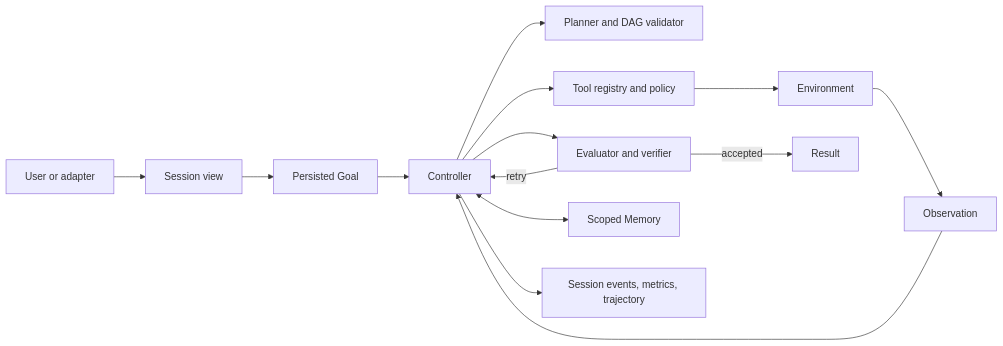
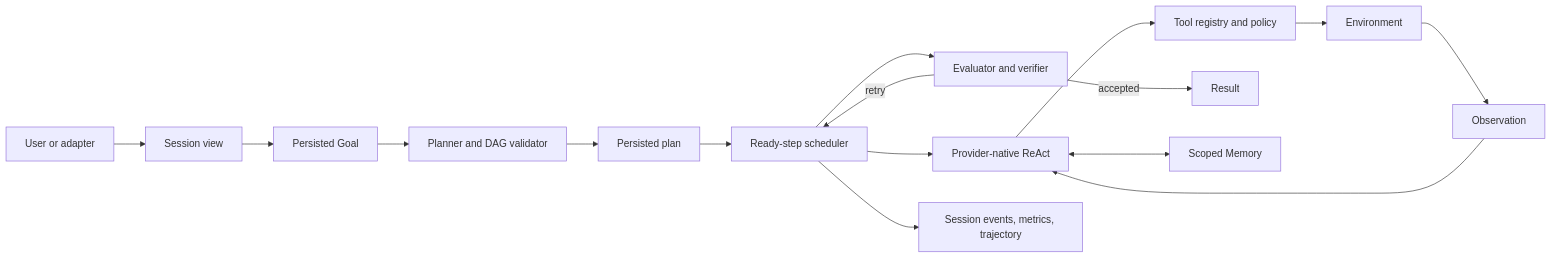
Before and after one commit to LucasZhang6/AgentCraft: the diagram in docs/architecture.md, drawn with Mermaid. The commit also changed other lines of this file and 204 other files, not shown here.

````diff
--- a/docs/architecture.md
+++ b/docs/architecture.md
@@ -13,16 +14,18 @@
 ```mermaid
 flowchart LR
   U["User or adapter"] --> S["Session view"]
   S --> G["Persisted Goal"]
-  G --> C["Controller"]
-  C --> P["Planner and DAG validator"]
-  C --> T["Tool registry and policy"]
+  G --> P["Planner and DAG validator"]
+  P --> D["Persisted plan"]
+  D --> C["Ready-step scheduler"]
+  C --> M["Provider-native ReAct"]
+  M --> T["Tool registry and policy"]
   T --> E["Environment"]
   E --> O["Observation"]
-  O --> C
+  O --> M
   C --> V["Evaluator and verifier"]
   V -->|"retry"| C
   V -->|"accepted"| R["Result"]
-  C <--> M["Scoped Memory"]
+  M <--> K["Scoped Memory"]
   C --> L["Session events, metrics, trajectory"]
 ```
````
